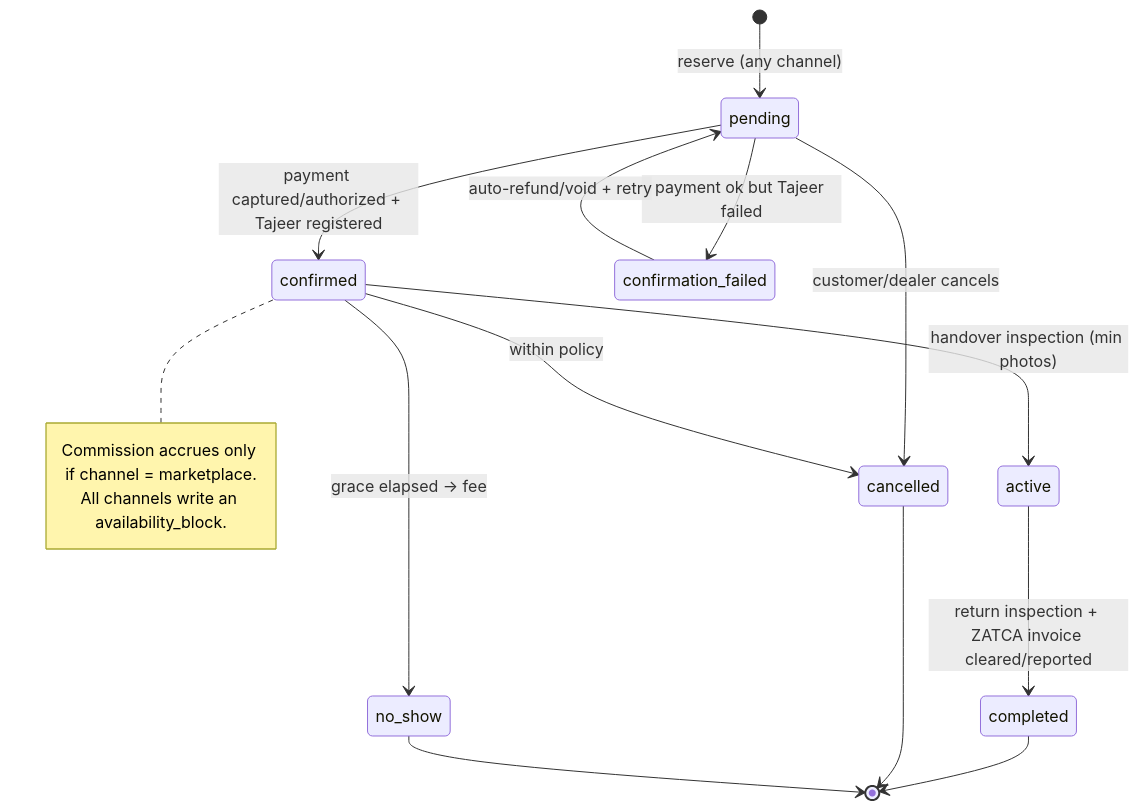
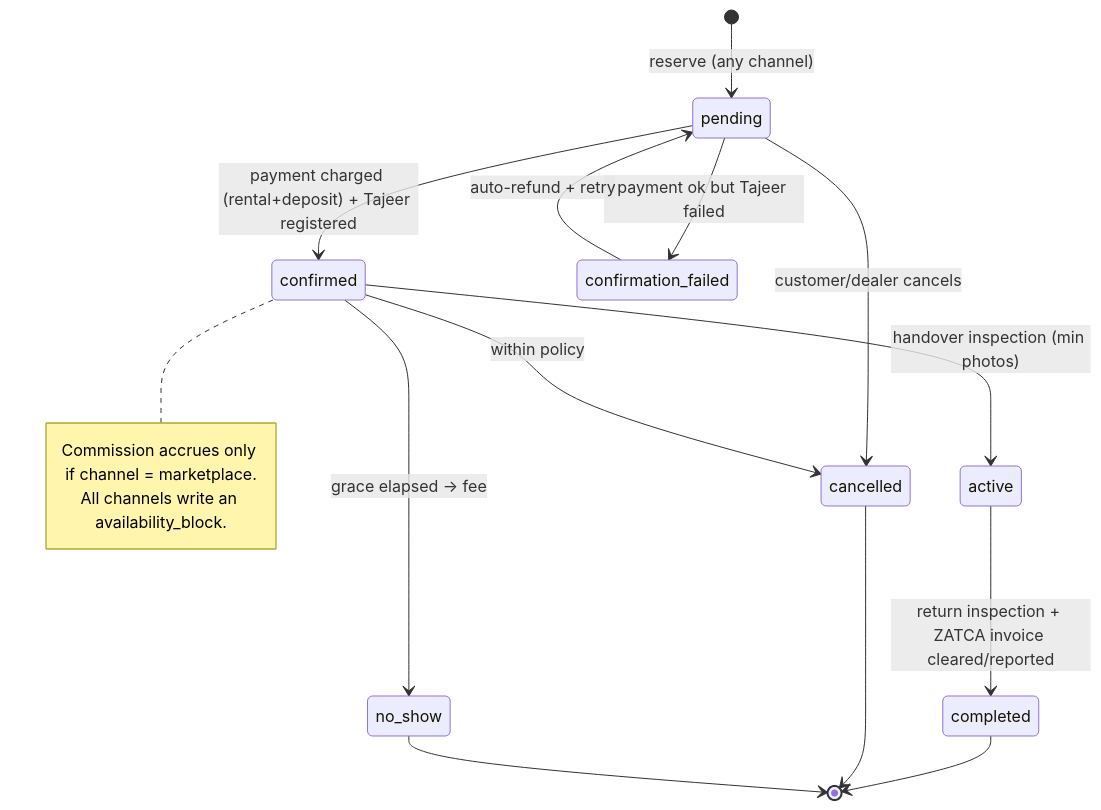
Before and after one commit to Miqwad/docs: the second of 10 diagrams in diagrams/diagrams.md, drawn with Mermaid. The commit also changed other lines of this file and 15 other files, not shown here.

````diff
--- a/diagrams/diagrams.md
+++ b/diagrams/diagrams.md
@@ -68,19 +68,19 @@
 ```mermaid
 stateDiagram-v2
   [*] --> pending: reserve (any channel)
-  pending --> confirmed: payment captured/authorized + Tajeer registered
+  pending --> confirmed: payment charged (rental+deposit) + Tajeer registered
   pending --> confirmation_failed: payment ok but Tajeer failed
-  confirmation_failed --> pending: auto-refund/void + retry
+  confirmation_failed --> pending: auto-refund + retry
   pending --> cancelled: customer/dealer cancels
   confirmed --> active: handover inspection (min photos)
   confirmed --> no_show: grace elapsed → fee
   confirmed --> cancelled: within policy
   active --> completed: return inspection + ZATCA invoice cleared/reported
   completed --> [*]
   cancelled --> [*]
   no_show --> [*]
   note right of confirmed
     Commission accrues only if channel = marketplace.
     All channels write an availability_block.
   end note
 ```
````
